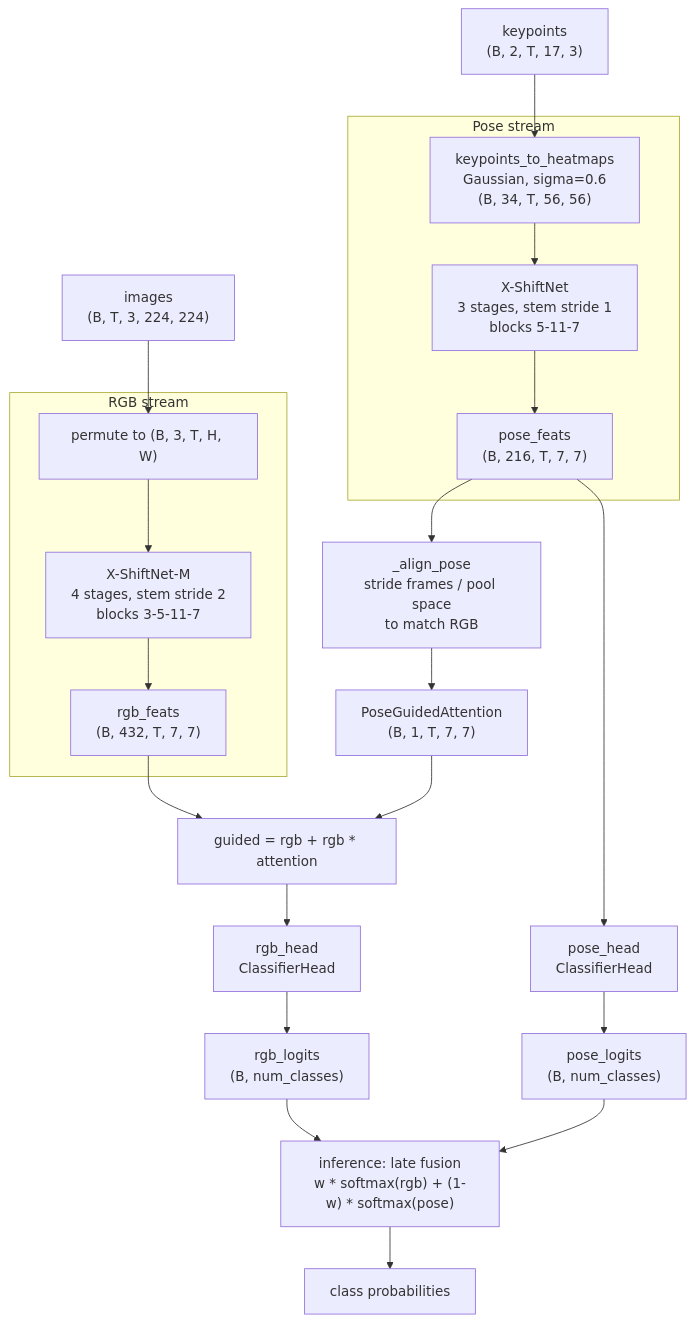
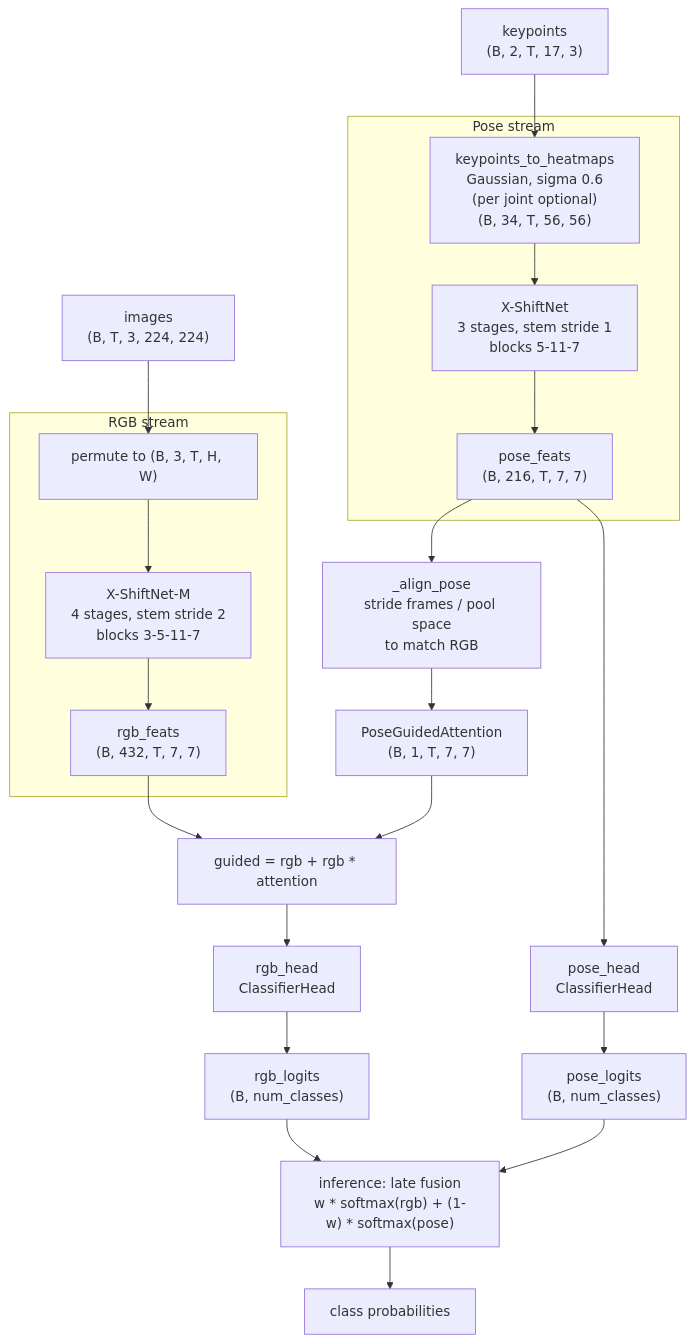
One commit to jmanuelc87/boxing changed the first of 5 diagrams in ARCHITECTURE.md. Above: the diagram before and after it, drawn with Mermaid. The commit also changed other lines of this file and 1 other file, not shown here.

First line of the commit message:
Train with AdamW and log gradient norms per epoch

````diff
--- a/ARCHITECTURE.md
+++ b/ARCHITECTURE.md
@@ -16,31 +16,31 @@
 ```mermaid
 flowchart TD
     IMG["images<br/>(B, T, 3, 224, 224)"] --> PERM["permute to (B, 3, T, H, W)"]
-    KP["keypoints<br/>(B, 2, T, 17, 3)"] --> HM["keypoints_to_heatmaps<br/>Gaussian, sigma=0.6<br/>(B, 34, T, 56, 56)"]
+    KP["keypoints<br/>(B, 2, T, 17, 3)"] --> HM["keypoints_to_heatmaps<br/>Gaussian, sigma 0.6<br/>(per joint optional)<br/>(B, 34, T, 56, 56)"]
 
     subgraph RGB["RGB stream"]
         PERM --> RB["X-ShiftNet-M<br/>4 stages, stem stride 2<br/>blocks 3-5-11-7"]
         RB --> RF["rgb_feats<br/>(B, 432, T, 7, 7)"]
     end
 
     subgraph POSE["Pose stream"]
         HM --> PB["X-ShiftNet<br/>3 stages, stem stride 1<br/>blocks 5-11-7"]
         PB --> PF["pose_feats<br/>(B, 216, T, 7, 7)"]
     end
 
     PF --> ALIGN["_align_pose<br/>stride frames / pool space<br/>to match RGB"]
     ALIGN --> ATT["PoseGuidedAttention<br/>(B, 1, T, 7, 7)"]
 
     RF --> GUIDE["guided = rgb + rgb * attention"]
     ATT --> GUIDE
 
     GUIDE --> RH["rgb_head<br/>ClassifierHead"]
     PF --> PH["pose_head<br/>ClassifierHead"]
 
     RH --> RL["rgb_logits<br/>(B, num_classes)"]
     PH --> PL["pose_logits<br/>(B, num_classes)"]
 
     RL --> FUSE["inference: late fusion<br/>w * softmax(rgb) + (1-w) * softmax(pose)"]
     PL --> FUSE
     FUSE --> PROB["class probabilities"]
 ```
````
